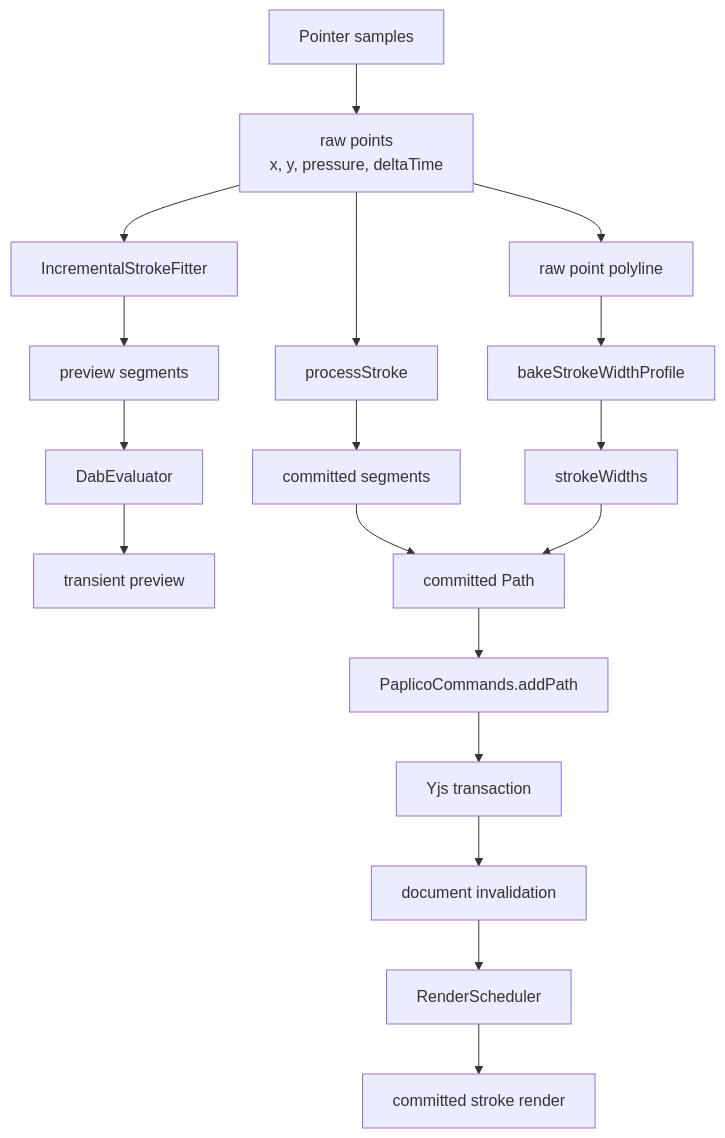
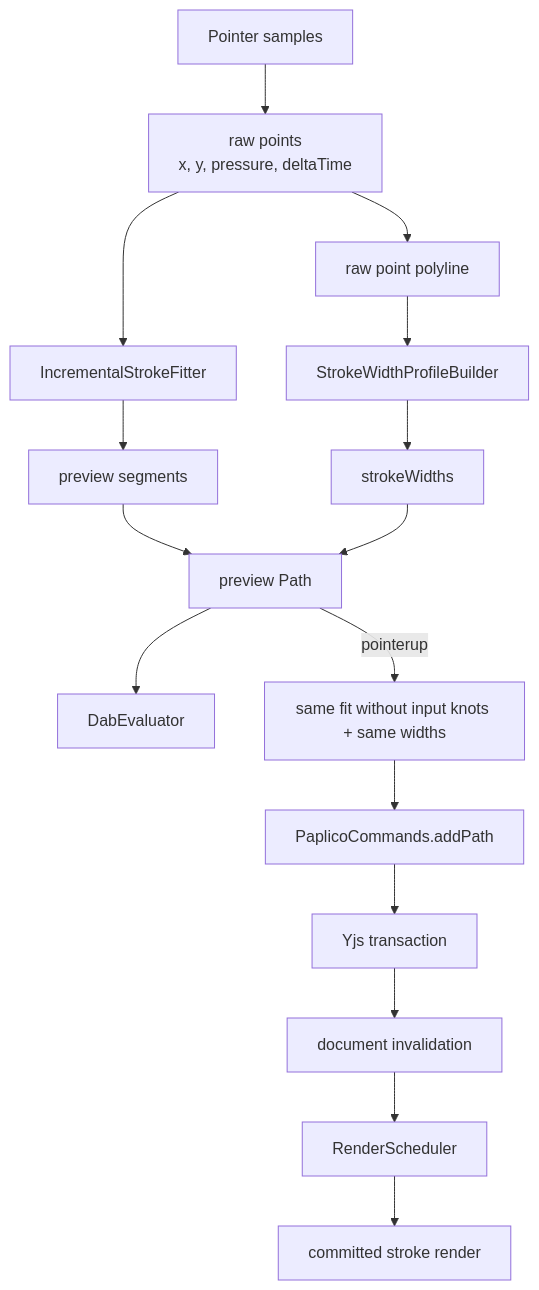
Before and after one commit to hanakla/paplico: the first of 2 diagrams in pkgs/web/src/app/devdocs/brush-system/dynamics-and-commit/page.mdx, drawn with Mermaid. The commit also changed other lines of this file and 51 other files, not shown here.

````diff
--- a/pkgs/web/src/app/devdocs/brush-system/dynamics-and-commit/page.mdx
+++ b/pkgs/web/src/app/devdocs/brush-system/dynamics-and-commit/page.mdx
@@ -14,20 +14,18 @@
 ```mermaid
 flowchart TD
     A["Pointer samples"] --> B["raw points<br/>x, y, pressure, deltaTime"]
     B --> C["IncrementalStrokeFitter"]
     C --> D["preview segments"]
-    D --> E["DabEvaluator"]
-    E --> F["transient preview"]
-    B --> G["processStroke"]
-    G --> H["committed segments"]
+    D --> F["preview Path"]
     B --> I["raw point polyline"]
-    I --> J["bakeStrokeWidthProfile"]
+    I --> J["StrokeWidthProfileBuilder"]
     J --> K["strokeWidths"]
-    H --> L["committed Path"]
-    K --> L
+    K --> F
+    F --> E["DabEvaluator"]
+    F -->|pointerup| L["same fit without input knots + same widths"]
     L --> M["PaplicoCommands.addPath"]
     M --> N["Yjs transaction"]
     N --> O["document invalidation"]
     O --> P["RenderScheduler"]
     P --> Q["committed stroke render"]
 ```
````
